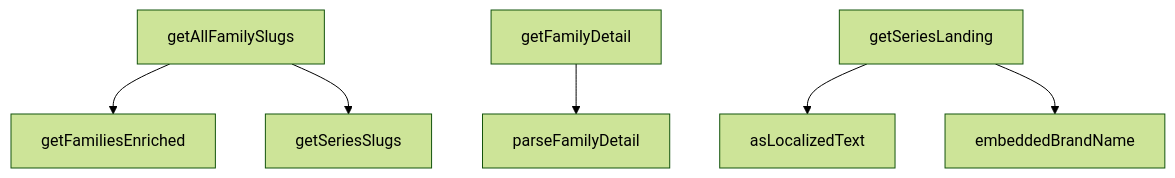
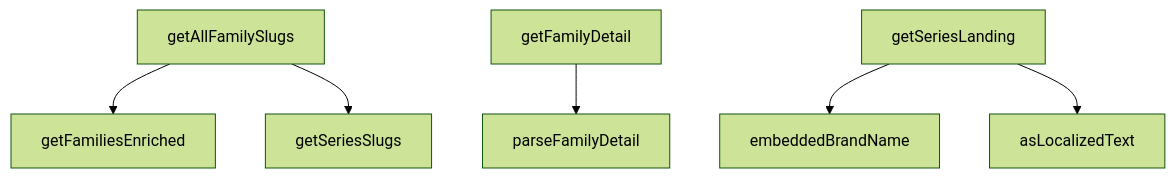
The diagram in src/lib/services/family.service.md (peckop/venthub-hvac-esite), drawn with Mermaid (forest theme) before and after one commit. The commit also changed other lines of this file and 94 other files, not shown here.

````diff
--- a/src/lib/services/family.service.md
+++ b/src/lib/services/family.service.md
@@ -239,16 +239,16 @@
 ```mermaid
 graph TD
     family_service_ts__asLocalizedText["asLocalizedText"]
     family_service_ts__embeddedBrandName["embeddedBrandName"]
     family_service_ts__getAllFamilySlugs["getAllFamilySlugs"]
     family_service_ts__getFamiliesEnriched["getFamiliesEnriched"]
     family_service_ts__getFamilyDetail["getFamilyDetail"]
     family_service_ts__getSeriesLanding["getSeriesLanding"]
     family_service_ts__getSeriesSlugs["getSeriesSlugs"]
     family_service_ts__parseFamilyDetail["parseFamilyDetail"]
+    family_service_ts__getSeriesLanding --> family_service_ts__embeddedBrandName
+    family_service_ts__getAllFamilySlugs --> family_service_ts__getFamiliesEnriched
+    family_service_ts__getFamilyDetail --> family_service_ts__parseFamilyDetail
     family_service_ts__getSeriesLanding --> family_service_ts__asLocalizedText
-    family_service_ts__getFamilyDetail --> family_service_ts__parseFamilyDetail
-    family_service_ts__getAllFamilySlugs --> family_service_ts__getFamiliesEnriched
-    family_service_ts__getSeriesLanding --> family_service_ts__embeddedBrandName
     family_service_ts__getAllFamilySlugs --> family_service_ts__getSeriesSlugs
 ```
````
